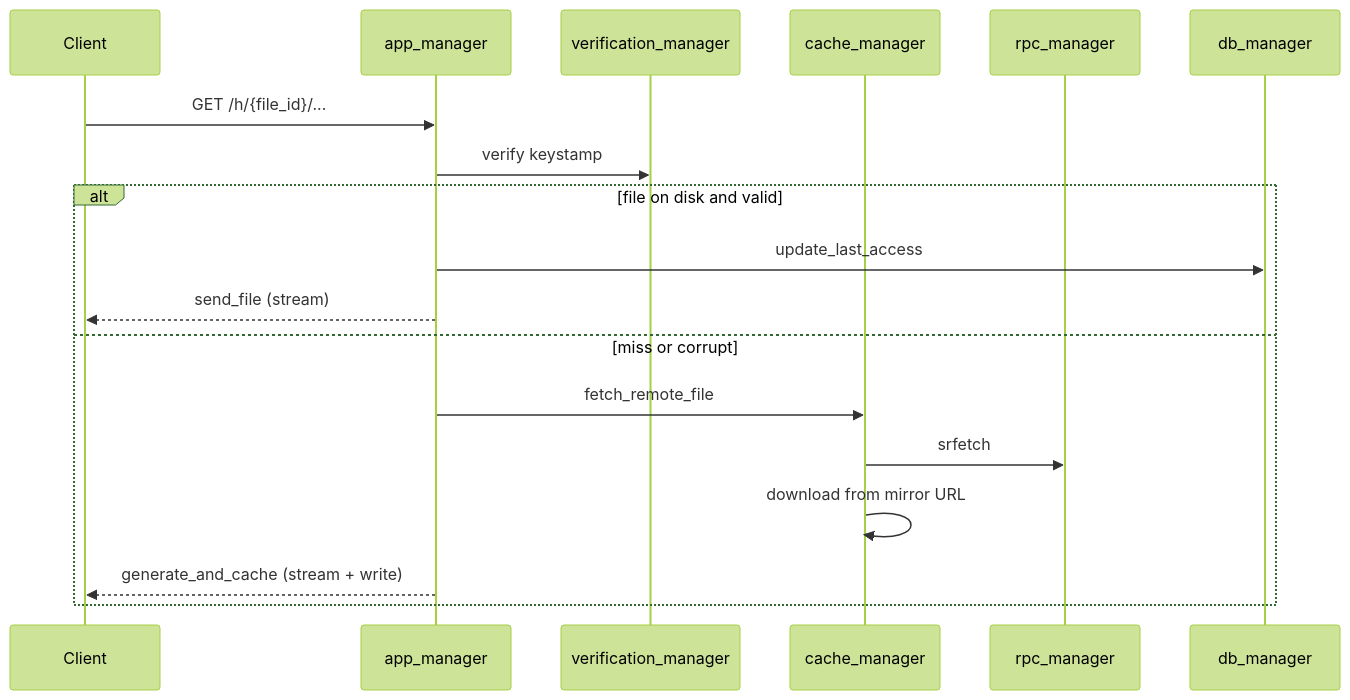
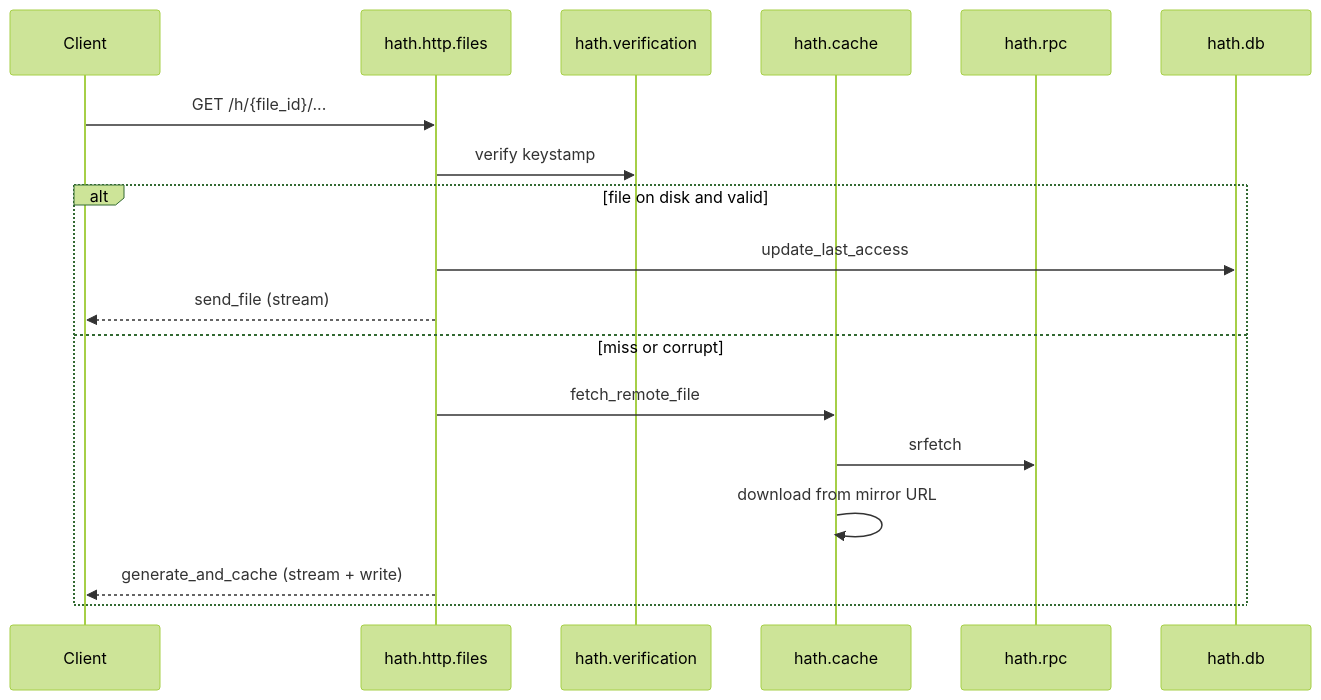
One commit to yuriko-aya/py-hath changed the second of 3 diagrams in ARCHITECTURE.md. Above: the diagram before and after it, drawn with Mermaid (forest theme). The commit also changed other lines of this file and 33 other files, not shown here.

First line of the commit message:
refactor: move the client into the hath package.

````diff
--- a/ARCHITECTURE.md
+++ b/ARCHITECTURE.md
@@ -27,21 +28,21 @@
 ```mermaid
 sequenceDiagram
     participant Client
-    participant App as app_manager
-    participant VM as verification_manager
-    participant Cache as cache_manager
-    participant RPC as rpc_manager
-    participant DB as db_manager
+    participant Files as hath.http.files
+    participant VM as hath.verification
+    participant Cache as hath.cache
+    participant RPC as hath.rpc
+    participant DB as hath.db
 
-    Client->>App: GET /h/{file_id}/...
-    App->>VM: verify keystamp
+    Client->>Files: GET /h/{file_id}/...
+    Files->>VM: verify keystamp
     alt file on disk and valid
-        App->>DB: update_last_access
-        App-->>Client: send_file (stream)
+        Files->>DB: update_last_access
+        Files-->>Client: send_file (stream)
     else miss or corrupt
-        App->>Cache: fetch_remote_file
+        Files->>Cache: fetch_remote_file
         Cache->>RPC: srfetch
         Cache->>Cache: download from mirror URL
-        App-->>Client: generate_and_cache (stream + write)
+        Files-->>Client: generate_and_cache (stream + write)
     end
 ```
````
